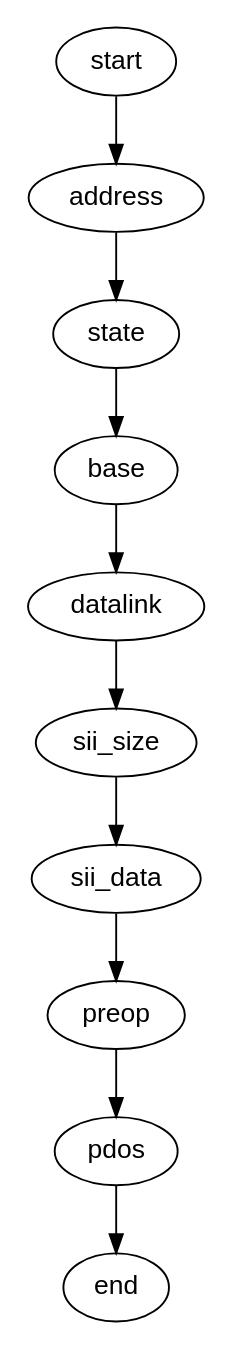
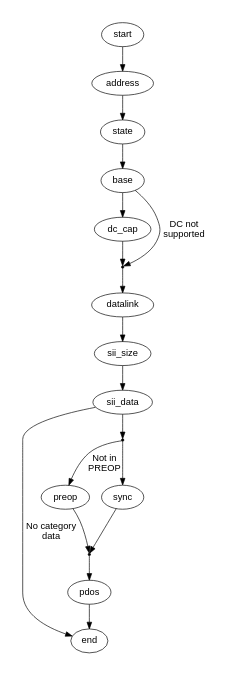
One commit to ribalda/ethercat changed the diagram in documentation/graphs/fsm_slave_scan.dot. Above: the diagram before and after it, drawn with Graphviz. The commit also changed 8 other files, not shown here.

Commit message:
Determine type of DC implementation (full or delay meas. only); update scan FSM graph.

```diff
--- a/documentation/graphs/fsm_slave_scan.dot
+++ b/documentation/graphs/fsm_slave_scan.dot
@@ -1,35 +1,53 @@
 
 /* $Id$ */
 
 digraph slavescan {
     size="1,7"
 
     start [fontname="Helvetica"]
     start -> address [weight=10]
 
     address [fontname="Helvetica"]
     address -> state [weight=10]
 
     state [fontname="Helvetica"]
     state -> base [weight=10]
 
     base [fontname="Helvetica"]
-    base -> datalink [weight=10]
+    base -> dc_cap [weight=10]
+    base -> enter_datalink [fontname="Helvetica", label="DC not\nsupported"]
+
+    dc_cap [fontname="Helvetica"]
+    dc_cap -> enter_datalink [weight=10]
+
+    enter_datalink [shape=point, label=""]
+    enter_datalink -> datalink [weight=10]
 
     datalink [fontname="Helvetica"]
     datalink -> sii_size [weight=10]
 
     sii_size [fontname="Helvetica"]
     sii_size -> sii_data [weight=10]
 
     sii_data [fontname="Helvetica"]
-    sii_data -> preop [weight=10]
+    sii_data -> end [fontname="Helvetica", label="No category\ndata"]
+    sii_data -> enter_preop [weight=10]
+
+    enter_preop [shape=point, label=""]
+    enter_preop -> preop [fontname="Helvetica", label="Not in\nPREOP"]
+    enter_preop -> sync [weight=10]
 
     preop [fontname="Helvetica"]
-    preop -> pdos [weight=10]
+    preop -> enter_pdos [weight=10]
+
+    sync [fontname="Helvetica"]
+    sync -> enter_pdos [weight=10]
+
+    enter_pdos [shape=point, label=""]
+    enter_pdos -> pdos [weight=10]
 
     pdos [fontname="Helvetica"]
     pdos -> end [weight=10]
 
     end [fontname="Helvetica"]
 }
```
